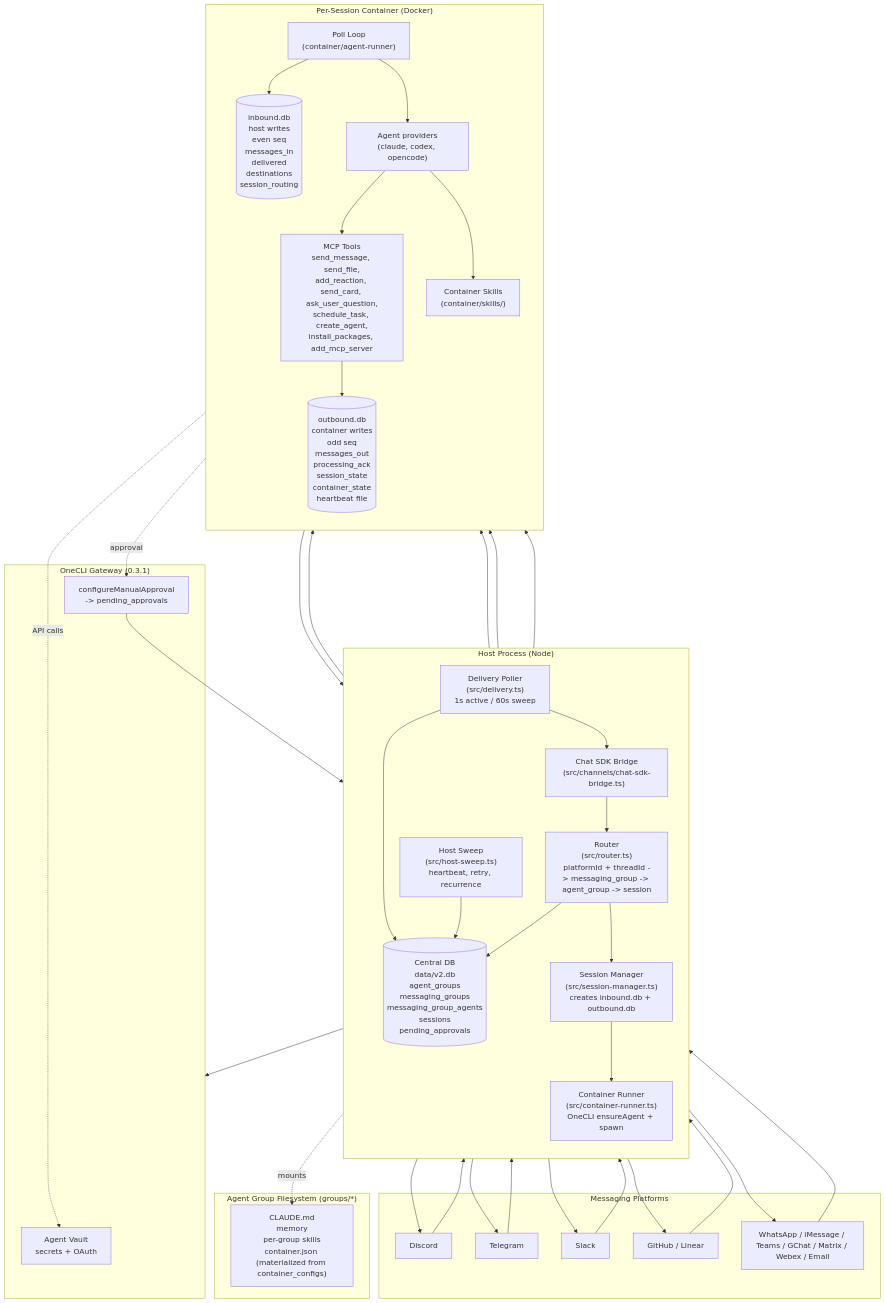
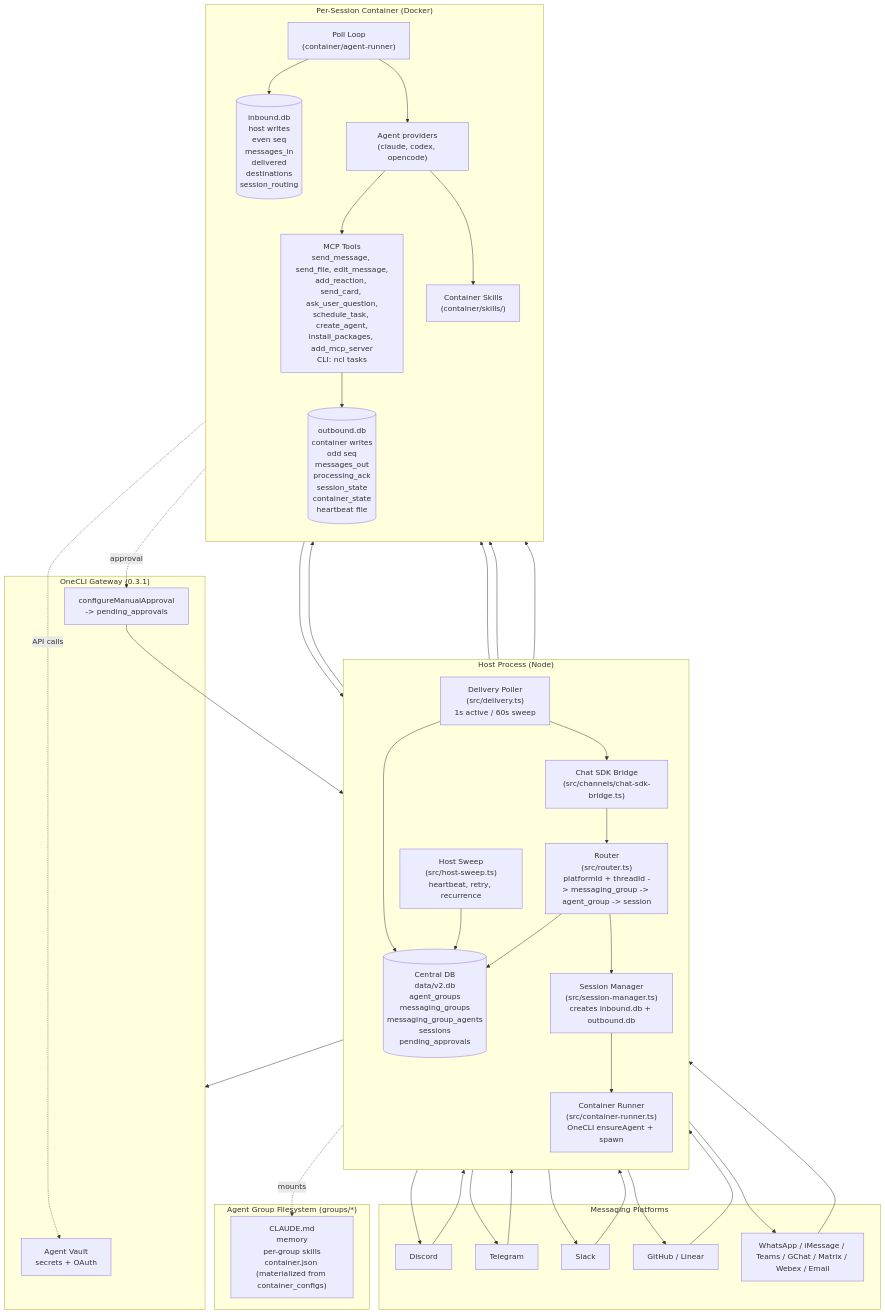
Before and after one commit to slang-coworkers/nanoclaw: the first of 5 diagrams in docs/architecture-diagram.md, drawn with Mermaid. The commit also changed 47 other files, not shown here.

````diff
--- a/docs/architecture-diagram.md
+++ b/docs/architecture-diagram.md
@@ -5,65 +5,65 @@
 ```mermaid
 flowchart TB
   subgraph Platforms["Messaging Platforms"]
     P1[Discord]
     P2[Telegram]
     P3[Slack]
     P4[GitHub / Linear]
     P5[WhatsApp / iMessage / Teams / GChat / Matrix / Webex / Email]
   end
 
   subgraph Host["Host Process (Node)"]
     direction TB
     Bridge["Chat SDK Bridge<br/>(src/channels/chat-sdk-bridge.ts)"]
     Router["Router<br/>(src/router.ts)<br/>platformId + threadId -> messaging_group -> agent_group -> session"]
     SessMgr["Session Manager<br/>(src/session-manager.ts)<br/>creates inbound.db + outbound.db"]
     Runner["Container Runner<br/>(src/container-runner.ts)<br/>OneCLI ensureAgent + spawn"]
     Delivery["Delivery Poller<br/>(src/delivery.ts)<br/>1s active / 60s sweep"]
     Sweep["Host Sweep<br/>(src/host-sweep.ts)<br/>heartbeat, retry, recurrence"]
     Central[("Central DB<br/>data/v2.db<br/>agent_groups<br/>messaging_groups<br/>messaging_group_agents<br/>sessions<br/>pending_approvals")]
   end
 
   subgraph OneCLI["OneCLI Gateway (0.3.1)"]
     Vault["Agent Vault<br/>secrets + OAuth"]
     Approvals["configureManualApproval<br/>-> pending_approvals"]
   end
 
   subgraph Session["Per-Session Container (Docker)"]
     direction TB
     PollLoop["Poll Loop<br/>(container/agent-runner)"]
     Provider["Agent providers<br/>(claude, codex, opencode)"]
-    MCP["MCP Tools<br/>send_message, send_file,<br/>add_reaction, send_card, ask_user_question,<br/>schedule_task, create_agent,<br/>install_packages, add_mcp_server"]
+    MCP["MCP Tools<br/>send_message, send_file, edit_message,<br/>add_reaction, send_card, ask_user_question,<br/>schedule_task, create_agent,<br/>install_packages, add_mcp_server<br/>CLI: ncl tasks"]
     Skills["Container Skills<br/>(container/skills/)"]
     InDB[("inbound.db<br/>host writes<br/>even seq<br/>messages_in<br/>delivered<br/>destinations<br/>session_routing")]
     OutDB[("outbound.db<br/>container writes<br/>odd seq<br/>messages_out<br/>processing_ack<br/>session_state<br/>container_state<br/>heartbeat file")]
   end
 
   subgraph Groups["Agent Group Filesystem (groups/*)"]
     Folder["CLAUDE.md<br/>memory<br/>per-group skills<br/>container.json (materialized from container_configs)"]
   end
 
   P1 & P2 & P3 & P4 & P5 --> Bridge
   Bridge --> Router
   Router --> Central
   Router --> SessMgr
   SessMgr --> InDB
   SessMgr --> Runner
   Runner --> OneCLI
   Runner --> PollLoop
   PollLoop --> InDB
   PollLoop --> Provider
   Provider --> MCP
   Provider --> Skills
   MCP --> OutDB
   OutDB --> Delivery
   Delivery --> Central
   Delivery --> Bridge
   Bridge --> P1 & P2 & P3 & P4 & P5
   Sweep --> InDB
   Sweep --> OutDB
   Sweep --> Central
   Runner -.mounts.-> Folder
   MCP -.approval.-> Approvals
   Approvals --> Central
   Provider -.API calls.-> Vault
 ```
````
